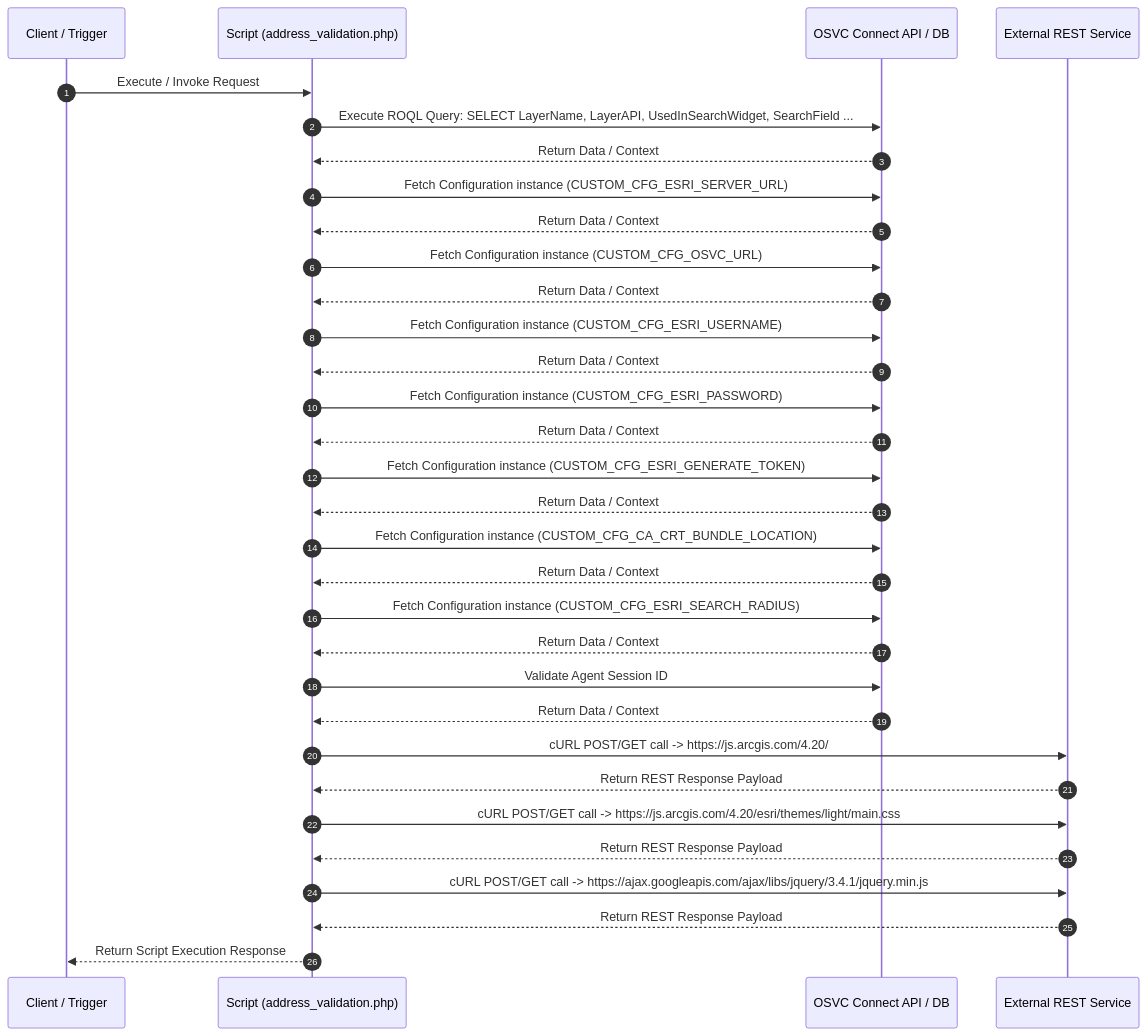
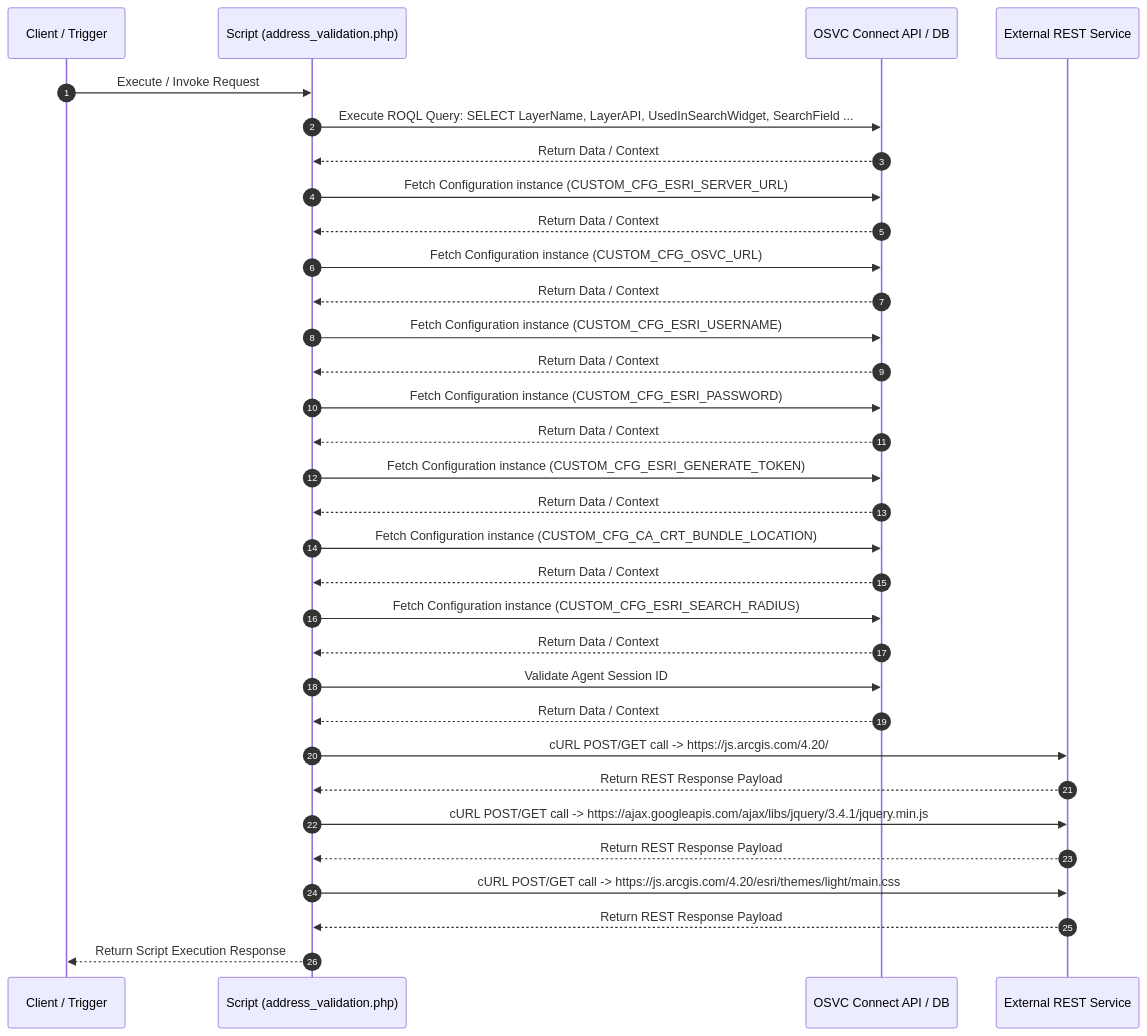
Before and after one commit to SujalMatolia0/Config_Migration: the diagram in results/scripts/report_address_validation.php.md, drawn with Mermaid. The commit also changed other lines of this file and 16 other files, not shown here.

Commit message:
feat: enhance AI summary generator to produce a rich 4-section architectural executive breakdown

````diff
--- a/results/scripts/report_address_validation.php.md
+++ b/results/scripts/report_address_validation.php.md
@@ -62,34 +62,34 @@
 ```mermaid
 sequenceDiagram
   autonumber
   participant Client as Client / Trigger
   participant Script as Script (address_validation.php)
   participant OSVC as OSVC Connect API / DB
   participant REST as External REST Service
   Client->>Script: Execute / Invoke Request
   Script->>OSVC: Execute ROQL Query: SELECT LayerName, LayerAPI, UsedInSearchWidget, SearchField ...
   OSVC-->>Script: Return Data / Context
   Script->>OSVC: Fetch Configuration instance (CUSTOM_CFG_ESRI_SERVER_URL)
   OSVC-->>Script: Return Data / Context
   Script->>OSVC: Fetch Configuration instance (CUSTOM_CFG_OSVC_URL)
   OSVC-->>Script: Return Data / Context
   Script->>OSVC: Fetch Configuration instance (CUSTOM_CFG_ESRI_USERNAME)
   OSVC-->>Script: Return Data / Context
   Script->>OSVC: Fetch Configuration instance (CUSTOM_CFG_ESRI_PASSWORD)
   OSVC-->>Script: Return Data / Context
   Script->>OSVC: Fetch Configuration instance (CUSTOM_CFG_ESRI_GENERATE_TOKEN)
   OSVC-->>Script: Return Data / Context
   Script->>OSVC: Fetch Configuration instance (CUSTOM_CFG_CA_CRT_BUNDLE_LOCATION)
   OSVC-->>Script: Return Data / Context
   Script->>OSVC: Fetch Configuration instance (CUSTOM_CFG_ESRI_SEARCH_RADIUS)
   OSVC-->>Script: Return Data / Context
   Script->>OSVC: Validate Agent Session ID
   OSVC-->>Script: Return Data / Context
   Script->>REST: cURL POST/GET call -> https://js.arcgis.com/4.20/
   REST-->>Script: Return REST Response Payload
+  Script->>REST: cURL POST/GET call -> https://ajax.googleapis.com/ajax/libs/jquery/3.4.1/jquery.min.js
+  REST-->>Script: Return REST Response Payload
   Script->>REST: cURL POST/GET call -> https://js.arcgis.com/4.20/esri/themes/light/main.css
-  REST-->>Script: Return REST Response Payload
-  Script->>REST: cURL POST/GET call -> https://ajax.googleapis.com/ajax/libs/jquery/3.4.1/jquery.min.js
   REST-->>Script: Return REST Response Payload
   Script-->>Client: Return Script Execution Response
 ```
````
